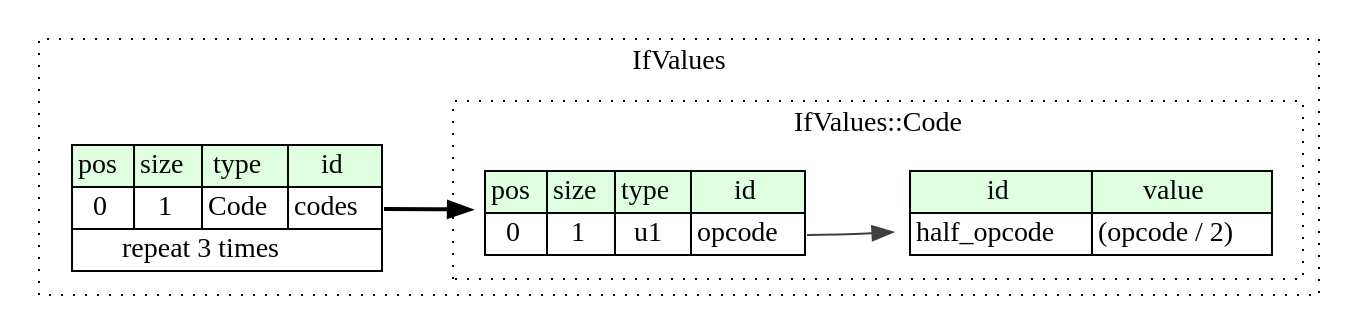
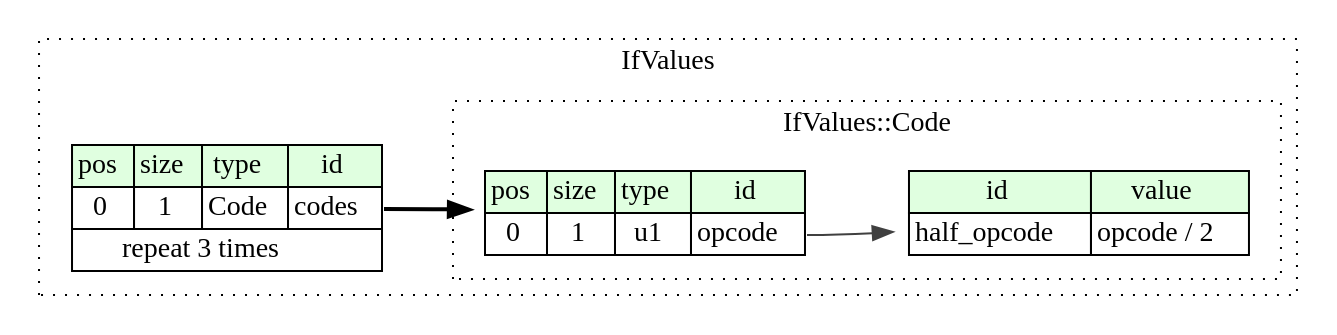
One commit to kaitai-io/ci_targets changed the diagram in compiled/graphviz/if_values.dot. Above: the diagram before and after it, drawn with Graphviz. The commit also changed 530 other files, not shown here.

```diff
--- a/compiled/graphviz/if_values.dot
+++ b/compiled/graphviz/if_values.dot
@@ -1,29 +1,29 @@
 digraph {
 	rankdir=LR;
 	node [shape=plaintext];
 	subgraph cluster__if_values {
 		label="IfValues";
 		graph[style=dotted];
 
 		if_values__seq [label=<<TABLE BORDER="0" CELLBORDER="1" CELLSPACING="0">
 			<TR><TD BGCOLOR="#E0FFE0">pos</TD><TD BGCOLOR="#E0FFE0">size</TD><TD BGCOLOR="#E0FFE0">type</TD><TD BGCOLOR="#E0FFE0">id</TD></TR>
 			<TR><TD PORT="codes_pos">0</TD><TD PORT="codes_size">1</TD><TD>Code</TD><TD PORT="codes_type">codes</TD></TR>
 			<TR><TD COLSPAN="4" PORT="codes__repeat">repeat 3 times</TD></TR>
 		</TABLE>>];
 		subgraph cluster__code {
 			label="IfValues::Code";
 			graph[style=dotted];
 
 			code__seq [label=<<TABLE BORDER="0" CELLBORDER="1" CELLSPACING="0">
 				<TR><TD BGCOLOR="#E0FFE0">pos</TD><TD BGCOLOR="#E0FFE0">size</TD><TD BGCOLOR="#E0FFE0">type</TD><TD BGCOLOR="#E0FFE0">id</TD></TR>
 				<TR><TD PORT="opcode_pos">0</TD><TD PORT="opcode_size">1</TD><TD>u1</TD><TD PORT="opcode_type">opcode</TD></TR>
 			</TABLE>>];
 			code__inst__half_opcode [label=<<TABLE BORDER="0" CELLBORDER="1" CELLSPACING="0">
 				<TR><TD BGCOLOR="#E0FFE0">id</TD><TD BGCOLOR="#E0FFE0">value</TD></TR>
-				<TR><TD>half_opcode</TD><TD>(opcode / 2)</TD></TR>
+				<TR><TD>half_opcode</TD><TD>opcode / 2</TD></TR>
 			</TABLE>>];
 		}
 	}
 	if_values__seq:codes_type -> code__seq [style=bold];
 	code__seq:opcode_type -> code__inst__half_opcode [color="#404040"];
 }
```
